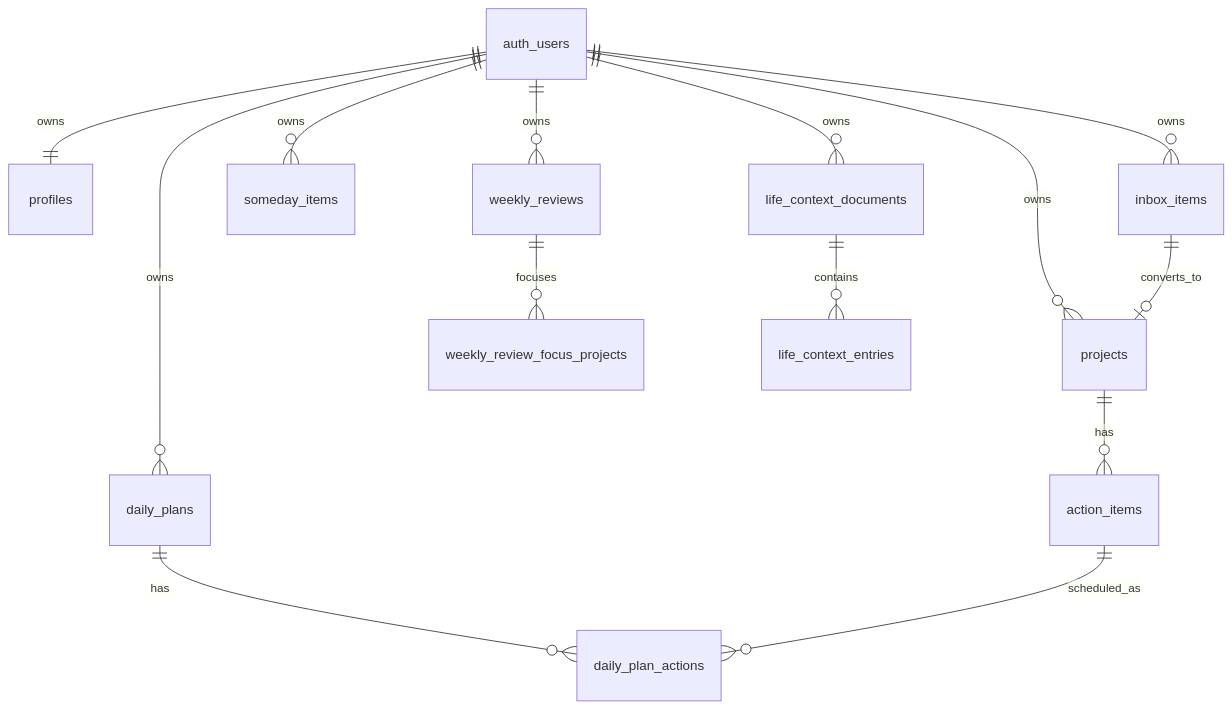
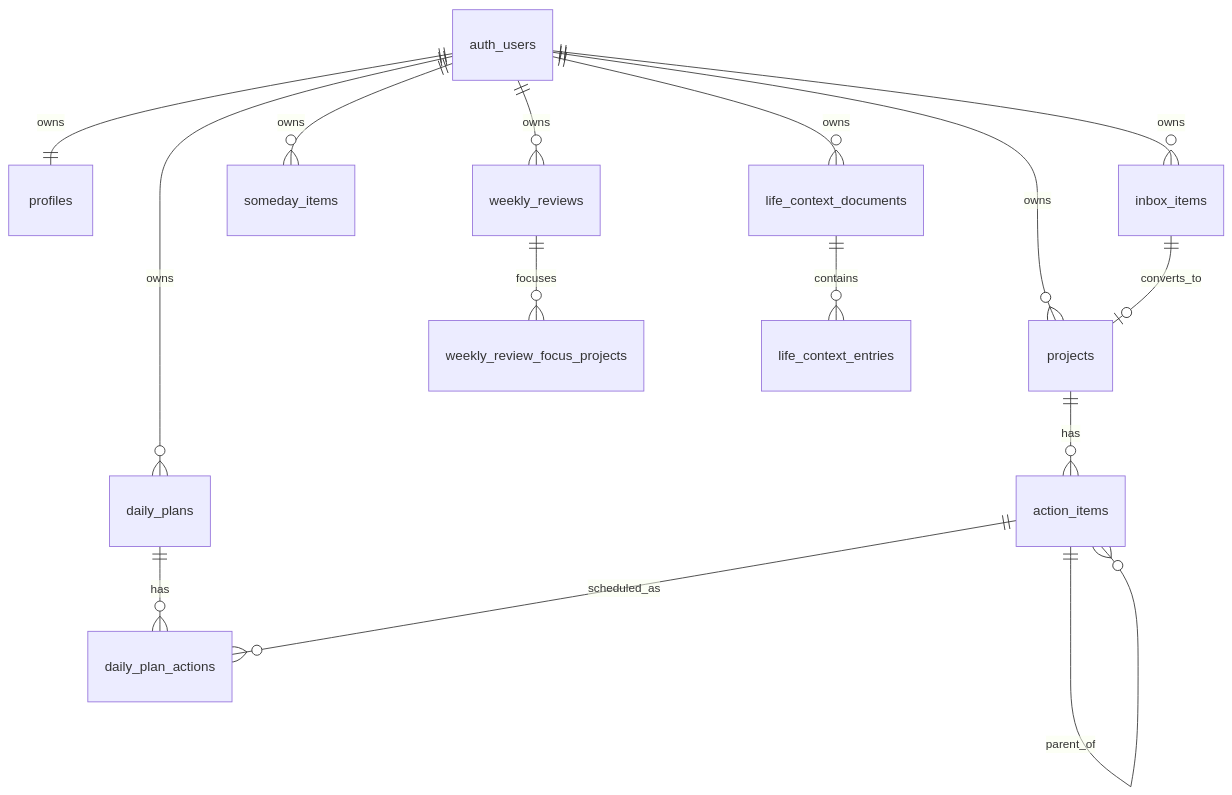
The diagram in docs/DATABASE.md (rlagywnd4/life-os), drawn with Mermaid before and after one commit. The commit also changed other lines of this file and 20 other files, not shown here.

````diff
--- a/docs/DATABASE.md
+++ b/docs/DATABASE.md
@@ -5,16 +5,17 @@
 ```mermaid
 erDiagram
   auth_users ||--|| profiles : owns
   auth_users ||--o{ inbox_items : owns
   auth_users ||--o{ projects : owns
   projects ||--o{ action_items : has
+  action_items ||--o{ action_items : parent_of
   inbox_items ||--o| projects : converts_to
   auth_users ||--o{ daily_plans : owns
   daily_plans ||--o{ daily_plan_actions : has
   action_items ||--o{ daily_plan_actions : scheduled_as
   auth_users ||--o{ someday_items : owns
   auth_users ||--o{ weekly_reviews : owns
   weekly_reviews ||--o{ weekly_review_focus_projects : focuses
   auth_users ||--o{ life_context_documents : owns
   life_context_documents ||--o{ life_context_entries : contains
 ```
````
